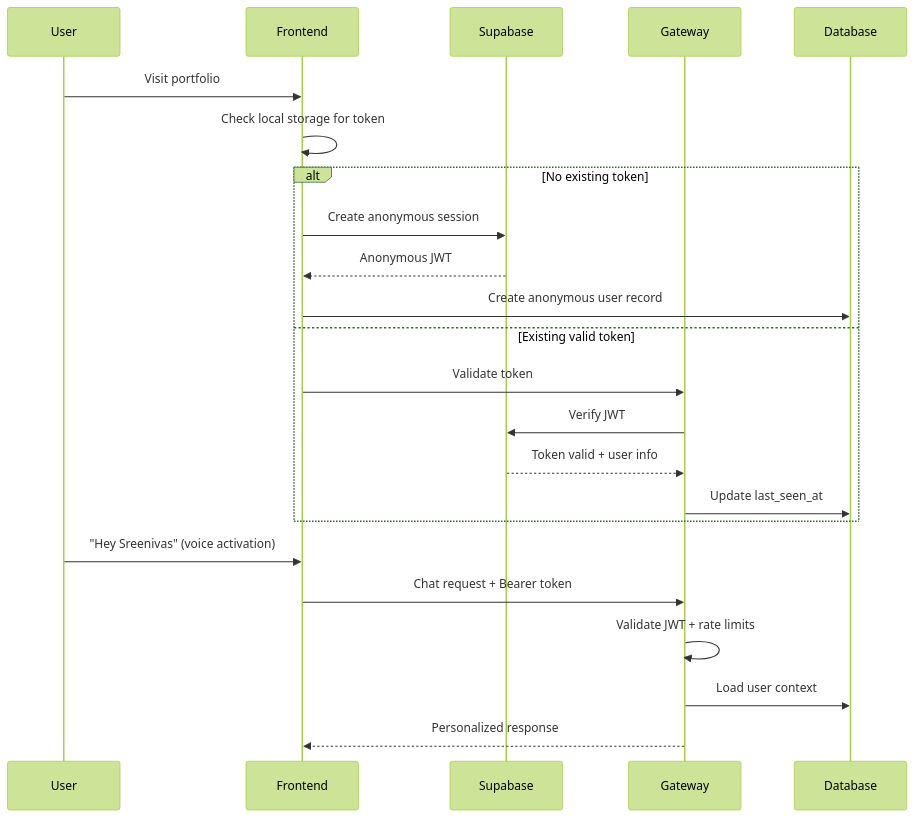
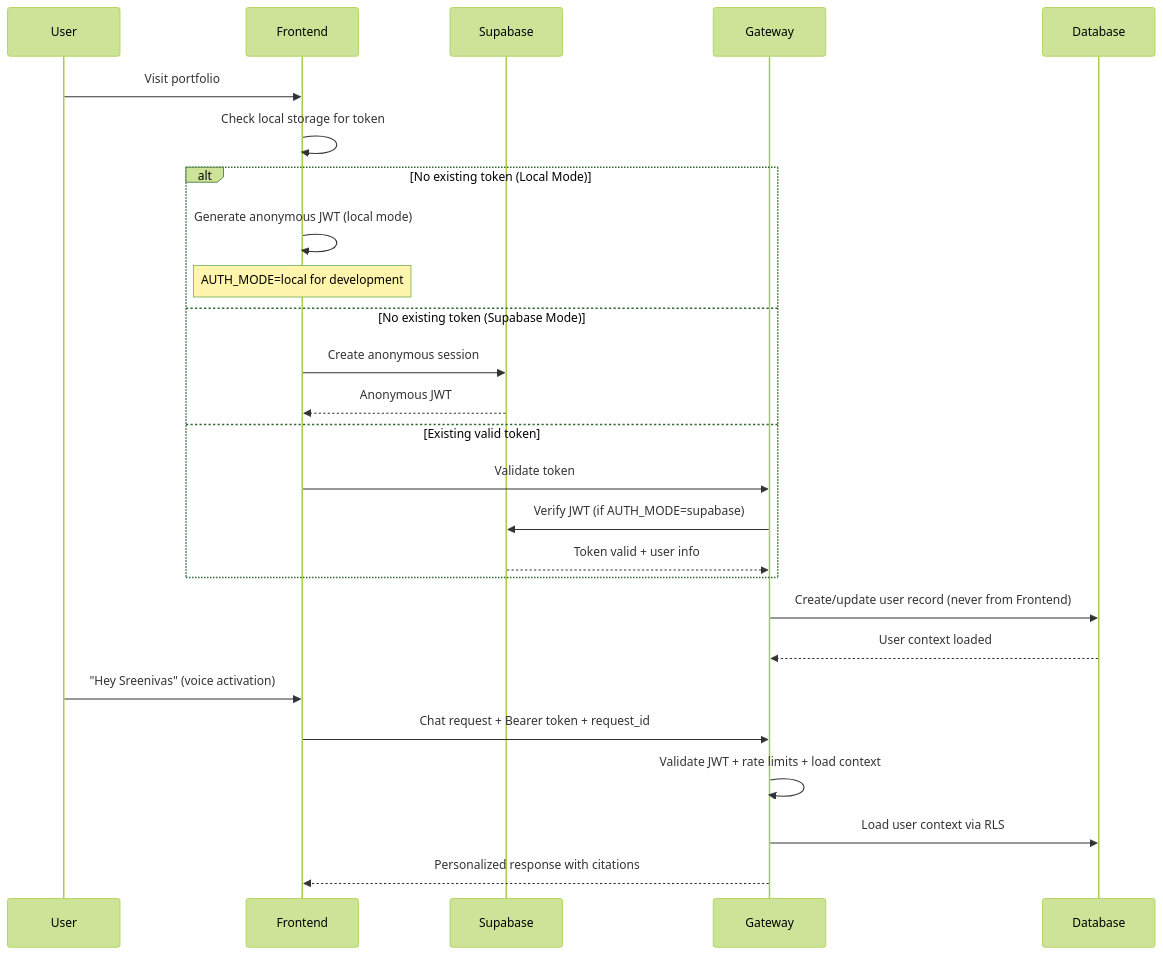
Before and after one commit to LSG-hub/Project-001: the seventh of 8 diagrams in README.md, drawn with Mermaid (forest theme). The commit also changed other lines of this file, not shown here.

````diff
--- a/README.md
+++ b/README.md
@@ -346,28 +443,32 @@
 ```mermaid
 sequenceDiagram
     participant User
     participant Frontend
     participant Supabase
     participant Gateway
     participant Database
     
     User->>Frontend: Visit portfolio
     Frontend->>Frontend: Check local storage for token
     
-    alt No existing token
+    alt No existing token (Local Mode)
+        Frontend->>Frontend: Generate anonymous JWT (local mode)
+        Note over Frontend: AUTH_MODE=local for development
+    else No existing token (Supabase Mode)
         Frontend->>Supabase: Create anonymous session
         Supabase-->>Frontend: Anonymous JWT
-        Frontend->>Database: Create anonymous user record
     else Existing valid token
         Frontend->>Gateway: Validate token
-        Gateway->>Supabase: Verify JWT
+        Gateway->>Supabase: Verify JWT (if AUTH_MODE=supabase)
         Supabase-->>Gateway: Token valid + user info
-        Gateway->>Database: Update last_seen_at
     end
     
+    Gateway->>Database: Create/update user record (never from Frontend)
+    Database-->>Gateway: User context loaded
+    
     User->>Frontend: "Hey Sreenivas" (voice activation)
-    Frontend->>Gateway: Chat request + Bearer token
-    Gateway->>Gateway: Validate JWT + rate limits
-    Gateway->>Database: Load user context
-    Gateway-->>Frontend: Personalized response
+    Frontend->>Gateway: Chat request + Bearer token + request_id
+    Gateway->>Gateway: Validate JWT + rate limits + load context
+    Gateway->>Database: Load user context via RLS
+    Gateway-->>Frontend: Personalized response with citations
 ```
````
